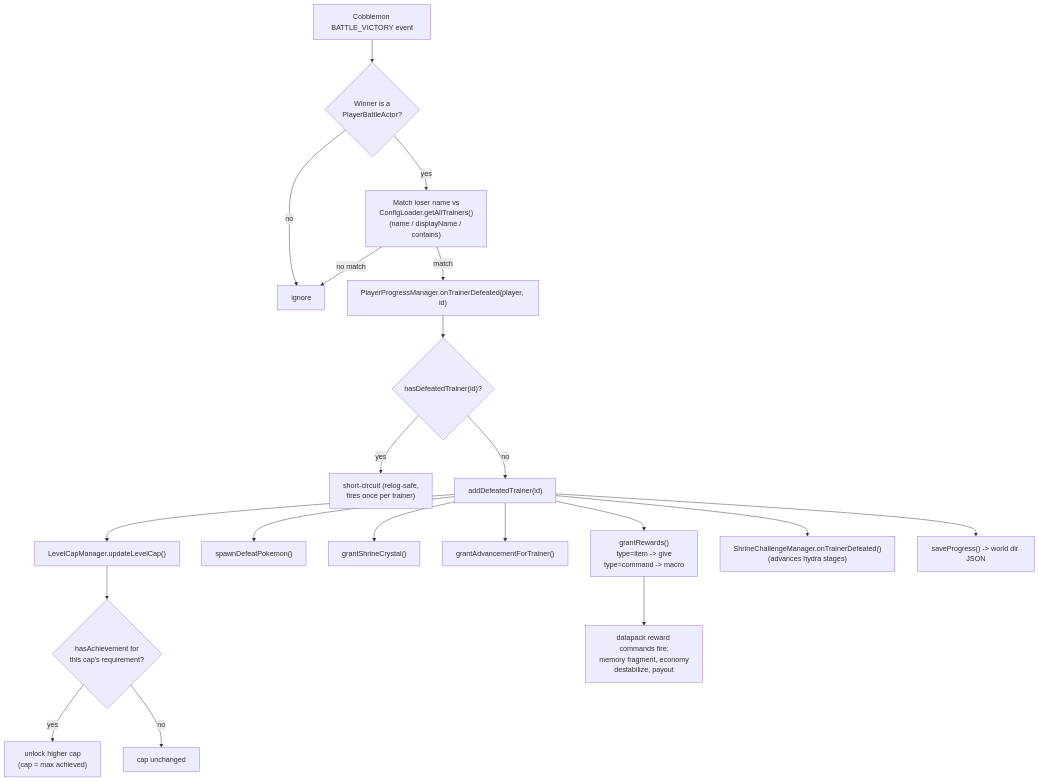
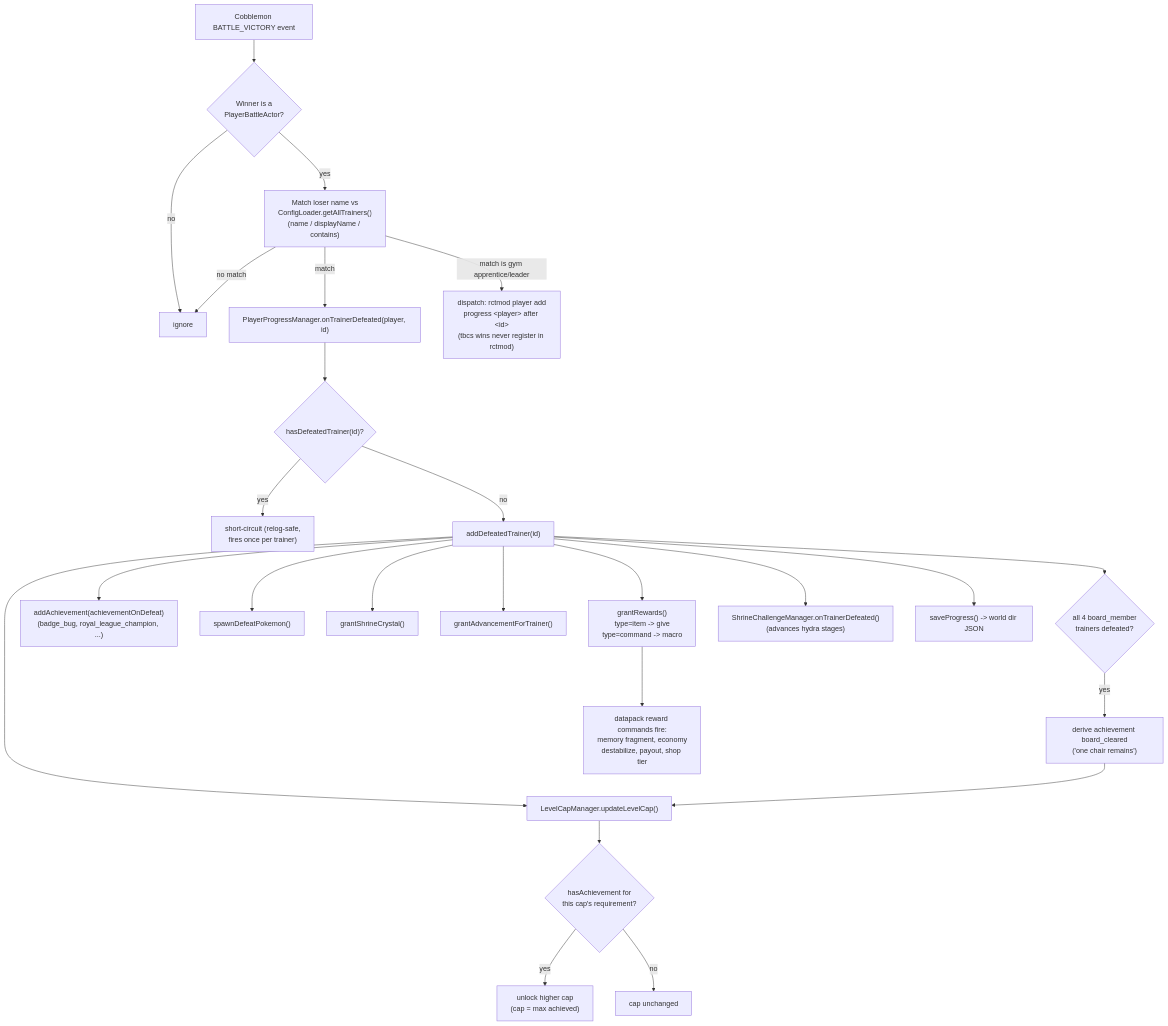
One commit to The-Company-Inc-Nerds/the-cobblemon-initiative changed the first of 10 diagrams in wiki/Architecture-Data-Flows.md. Above: the diagram before and after it, drawn with Mermaid. The commit also changed other lines of this file and 456 other files, not shown here.

````diff
--- a/wiki/Architecture-Data-Flows.md
+++ b/wiki/Architecture-Data-Flows.md
@@ -15,22 +18,27 @@
 ```mermaid
 flowchart TD
   A["Cobblemon BATTLE_VICTORY event"] --> B{"Winner is a<br/>PlayerBattleActor?"}
   B -- no --> Z["ignore"]
   B -- yes --> C["Match loser name vs<br/>ConfigLoader.getAllTrainers()<br/>(name / displayName / contains)"]
   C -- no match --> Z
   C -- match --> D["PlayerProgressManager.onTrainerDefeated(player, id)"]
+  C -- "match is gym apprentice/leader" --> R["dispatch: rctmod player add<br/>progress &lt;player&gt; after &lt;id&gt;<br/>(tbcs wins never register in rctmod)"]
   D --> E{"hasDefeatedTrainer(id)?"}
   E -- yes --> Z2["short-circuit (relog-safe,<br/>fires once per trainer)"]
   E -- no --> F["addDefeatedTrainer(id)"]
   F --> G["grantRewards()<br/>type=item -> give<br/>type=command -> macro"]
+  F --> G2["addAchievement(achievementOnDefeat)<br/>(badge_bug, royal_league_champion, ...)"]
   F --> H["spawnDefeatPokemon()"]
   F --> I["grantShrineCrystal()"]
   F --> J["grantAdvancementForTrainer()"]
+  F --> B4{"all 4 board_member<br/>trainers defeated?"}
+  B4 -- yes --> BC["derive achievement board_cleared<br/>('one chair remains')"]
   F --> K["LevelCapManager.updateLevelCap()"]
+  BC --> K
   F --> L["ShrineChallengeManager.onTrainerDefeated()<br/>(advances hydra stages)"]
   F --> M["saveProgress() -> world dir JSON"]
   K --> N{"hasAchievement for<br/>this cap's requirement?"}
   N -- yes --> O["unlock higher cap<br/>(cap = max achieved)"]
   N -- no --> P["cap unchanged"]
-  G --> Q["datapack reward commands fire:<br/>memory fragment, economy<br/>destabilize, payout"]
+  G --> Q["datapack reward commands fire:<br/>memory fragment, economy<br/>destabilize, payout, shop tier"]
 ```
````
